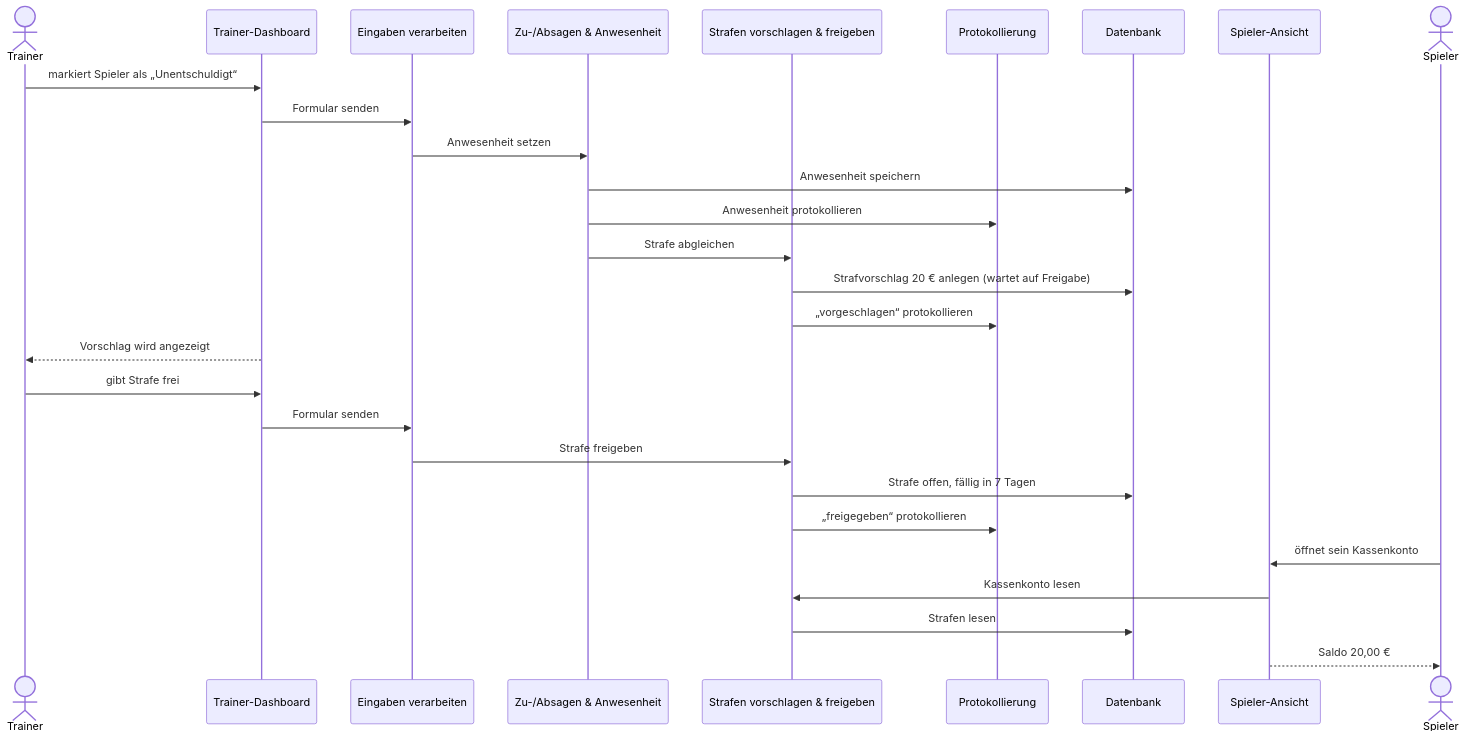
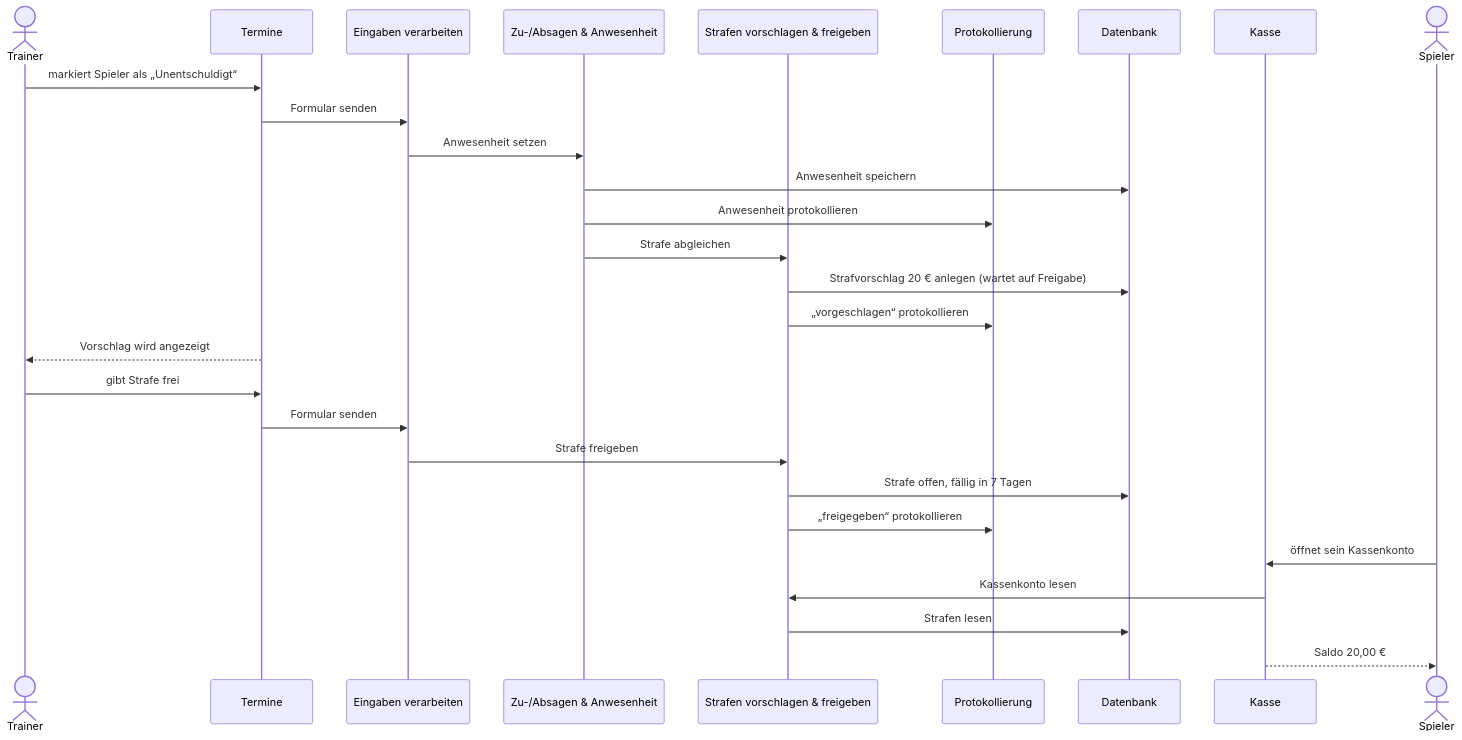
Before and after one commit to squadhq-team/squadhq-team: the first of 5 diagrams in docs/architektur/sequenz-pen-02.md, drawn with Mermaid. The commit also changed other lines of this file and 13 other files, not shown here.

First line of the commit message:
Doku und Diagramme an Teams, Rollen und neue Features angepasst

````diff
--- a/docs/architektur/sequenz-pen-02.md
+++ b/docs/architektur/sequenz-pen-02.md
@@ -7,31 +7,31 @@
 ```mermaid
 sequenceDiagram
   actor T as Trainer
-  participant TD as Trainer-Dashboard
+  participant TD as Termine
   participant ACT as Eingaben verarbeiten
   participant ATT as Zu-/Absagen & Anwesenheit
   participant PEN as Strafen vorschlagen & freigeben
   participant AUD as Protokollierung
   participant DB as Datenbank
-  participant SP as Spieler-Ansicht
+  participant SP as Kasse
   actor S as Spieler
 
   T->>TD: markiert Spieler als „Unentschuldigt“
   TD->>ACT: Formular senden
   ACT->>ATT: Anwesenheit setzen
   ATT->>DB: Anwesenheit speichern
   ATT->>AUD: Anwesenheit protokollieren
   ATT->>PEN: Strafe abgleichen
   PEN->>DB: Strafvorschlag 20 € anlegen (wartet auf Freigabe)
   PEN->>AUD: „vorgeschlagen“ protokollieren
   TD-->>T: Vorschlag wird angezeigt
   T->>TD: gibt Strafe frei
   TD->>ACT: Formular senden
   ACT->>PEN: Strafe freigeben
   PEN->>DB: Strafe offen, fällig in 7 Tagen
   PEN->>AUD: „freigegeben“ protokollieren
   S->>SP: öffnet sein Kassenkonto
   SP->>PEN: Kassenkonto lesen
   PEN->>DB: Strafen lesen
   SP-->>S: Saldo 20,00 €
 ```
````
